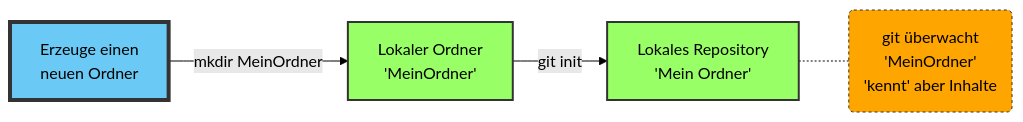
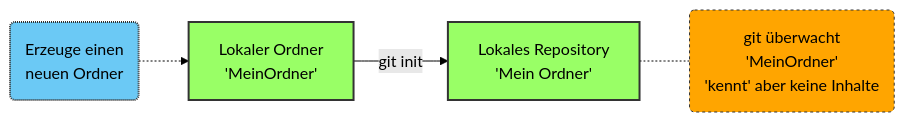
The first of 2 diagrams in modules/de-git-module.qmd (ammrie/Praxislab), drawn with Mermaid before and after one commit. The commit also changed other lines of this file and 3 other files, not shown here.

````diff
--- a/modules/de-git-module.qmd
+++ b/modules/de-git-module.qmd
@@ -85,18 +85,19 @@
 ```{mermaid}
 %%| fig-cap: Initialisierung eines Repositories
 
 graph LR
-    A[Erzeuge einen <br> neuen Ordner ] -- mkdir MeinOrdner --> B[Lokaler Ordner <br> 'MeinOrdner']
+    A(Erzeuge einen <br> neuen Ordner) -.-> B[Lokaler Ordner <br> 'MeinOrdner']
     B -- git init --> C[Lokales Repository <br> 'Mein Ordner']
-    C -.- D(git überwacht <br> 'MeinOrdner' <br> 'kennt' aber Inhalte)
+    C -.- D(git überwacht <br> 'MeinOrdner' <br> 'kennt' aber keine Inhalte)
   
 
     classDef gr fill:#9f6,stroke:#333,stroke-width:2px
-    classDef bl fill:#6BC9F5,stroke:#333,stroke-width:4px
+    classDef bl fill:#6BC9F5,stroke:#333,stroke-width:2px,stroke-dasharray: 1
     classDef or fill:orange,stroke:#333,stroke-width:1px,stroke-dasharray: 3
+    classDef or2 fill:orange,stroke:#333,stroke-width:3px,stroke-dasharray: 2
     class A bl
     class B,C gr
     class D or
 
 %%{init: {'theme':'forest'}}%%
 ```
````
